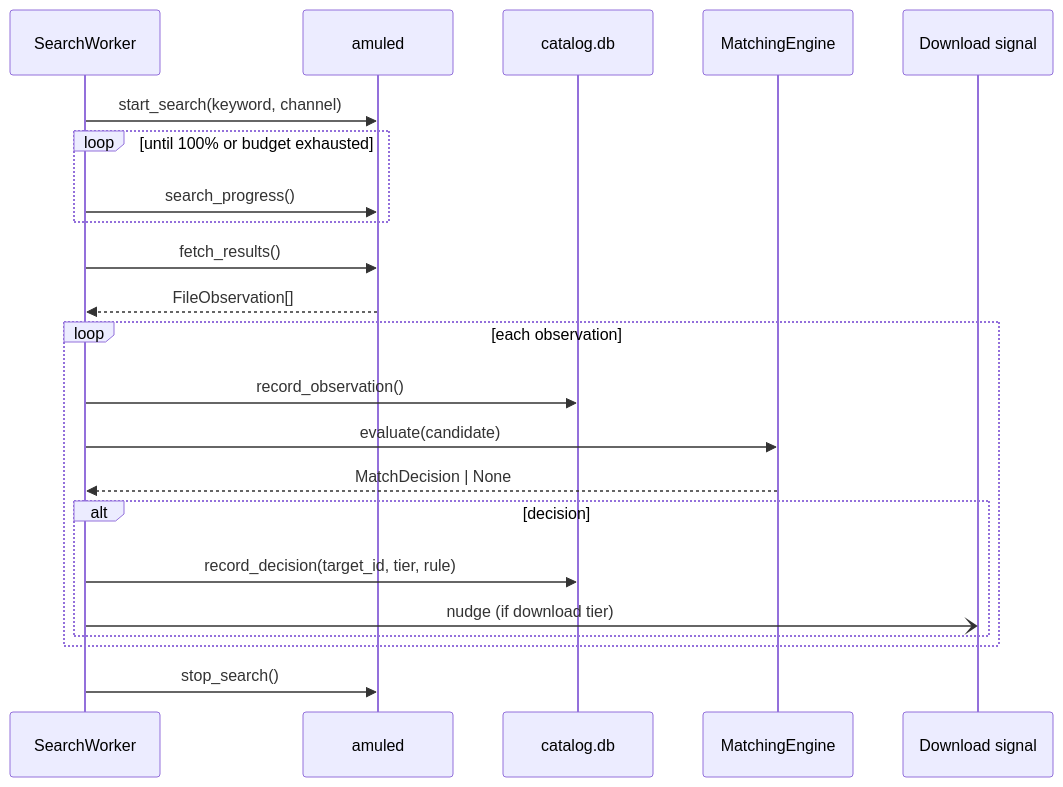
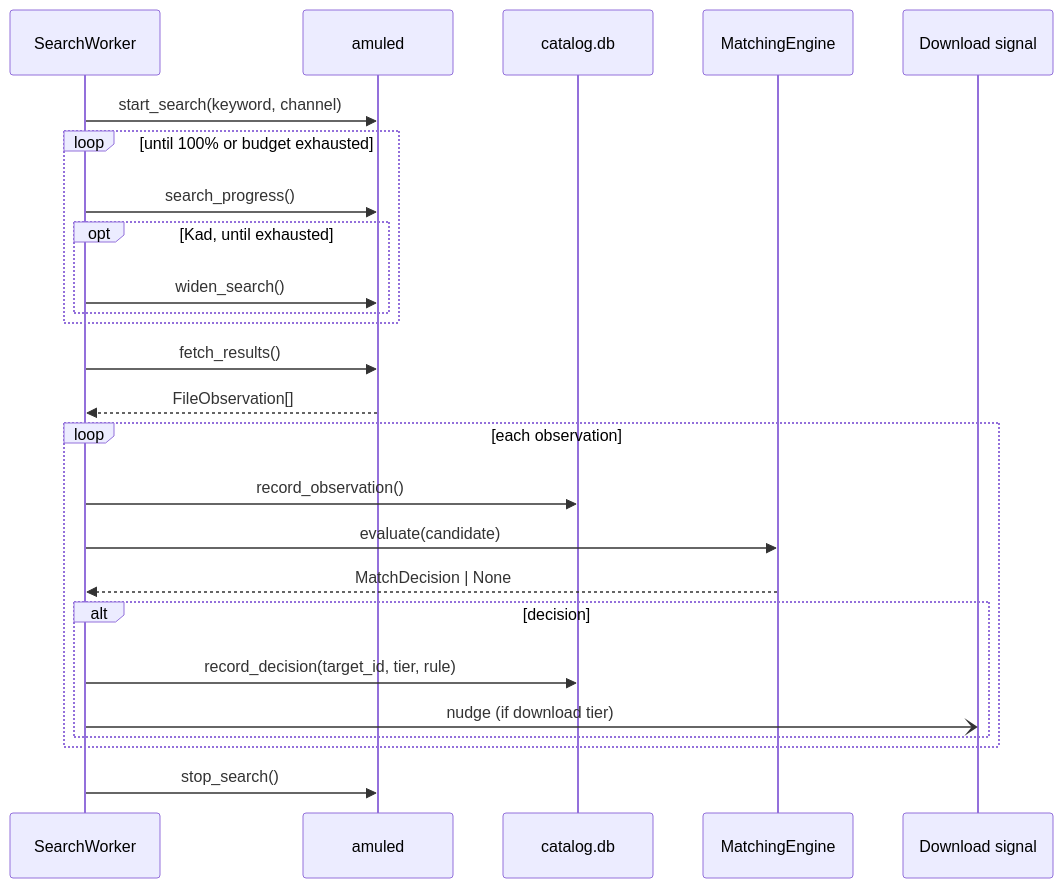
One commit to GeoffreyCoulaud/mulewatch changed the sixth of 10 diagrams in docs/contributing/architecture.md. Above: the diagram before and after it, drawn with Mermaid. The commit also changed other lines of this file and 10 other files, not shown here.

First line of the commit message:
feat(search): widen each Kad search until Kad reports it exhausted

````diff
--- a/docs/contributing/architecture.md
+++ b/docs/contributing/architecture.md
@@ -204,25 +204,28 @@
 ```mermaid
 sequenceDiagram
   participant W as SearchWorker
   participant A as amuled
   participant C as catalog.db
   participant E as MatchingEngine
   participant D as Download signal
 
   W->>A: start_search(keyword, channel)
   loop until 100% or budget exhausted
     W->>A: search_progress()
+    opt Kad, until exhausted
+      W->>A: widen_search()
+    end
   end
   W->>A: fetch_results()
   A-->>W: FileObservation[]
   loop each observation
     W->>C: record_observation()
     W->>E: evaluate(candidate)
     E-->>W: MatchDecision | None
     alt decision
       W->>C: record_decision(target_id, tier, rule)
       W-)D: nudge (if download tier)
     end
   end
   W->>A: stop_search()
 ```
````
